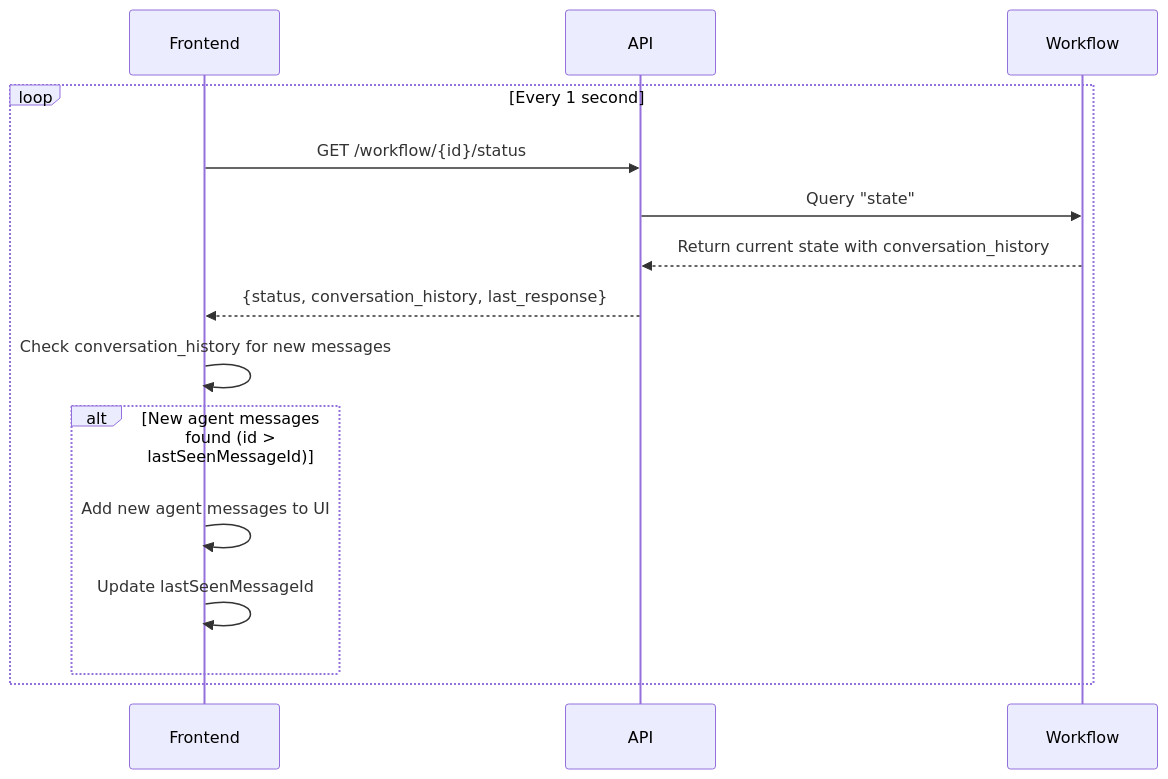
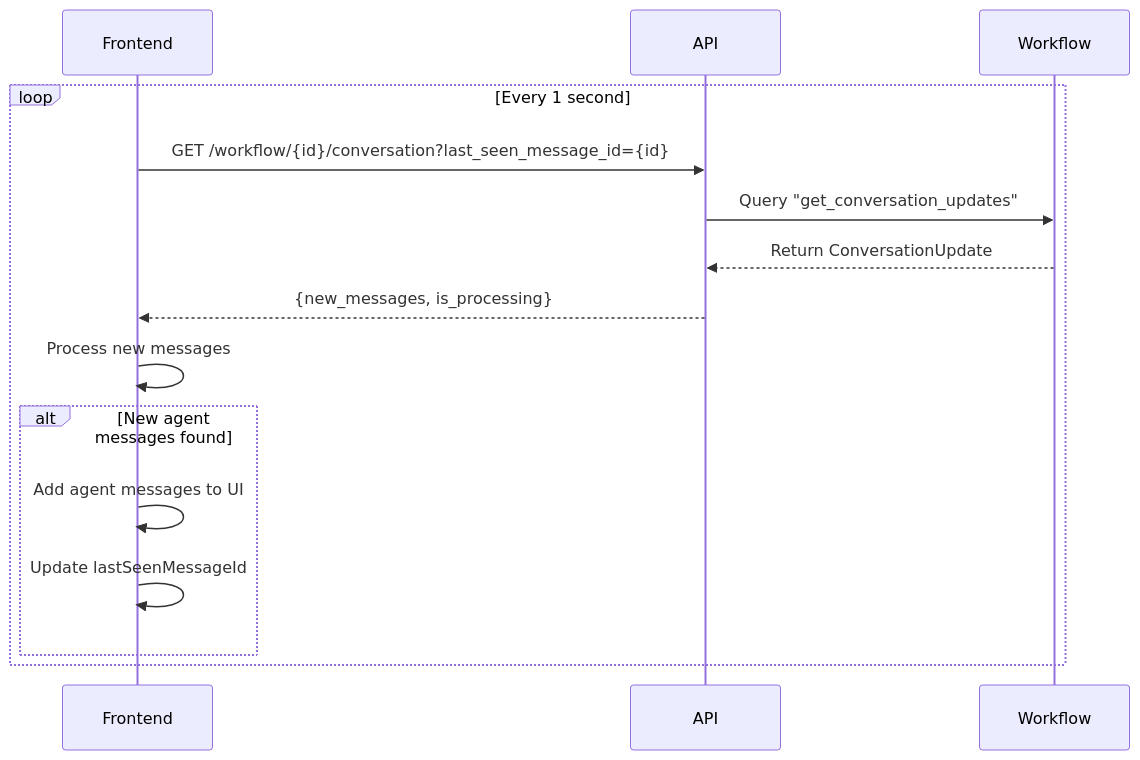
The second of 4 diagrams in docs/CLIENT_ARCHITECTURE.md (retroryan/durable-ai-agent), drawn with Mermaid before and after one commit. The commit also changed other lines of this file and 17 other files, not shown here.

````diff
--- a/docs/CLIENT_ARCHITECTURE.md
+++ b/docs/CLIENT_ARCHITECTURE.md
@@ -75,18 +81,18 @@
 ```mermaid
 sequenceDiagram
     participant Frontend
     participant API
     participant Workflow
 
     loop Every 1 second
-        Frontend->>API: GET /workflow/{id}/status
-        API->>Workflow: Query "state"
-        Workflow-->>API: Return current state with conversation_history
-        API-->>Frontend: {status, conversation_history, last_response}
-        Frontend->>Frontend: Check conversation_history for new messages
-        alt New agent messages found (id > lastSeenMessageId)
-            Frontend->>Frontend: Add new agent messages to UI
+        Frontend->>API: GET /workflow/{id}/conversation?last_seen_message_id={id}
+        API->>Workflow: Query "get_conversation_updates"
+        Workflow-->>API: Return ConversationUpdate
+        API-->>Frontend: {new_messages, is_processing}
+        Frontend->>Frontend: Process new messages
+        alt New agent messages found
+            Frontend->>Frontend: Add agent messages to UI
             Frontend->>Frontend: Update lastSeenMessageId
         end
     end
 ```
````
